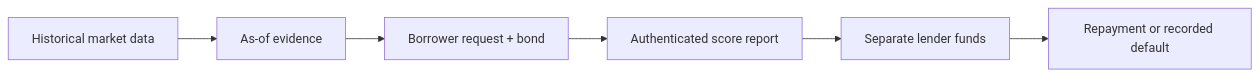
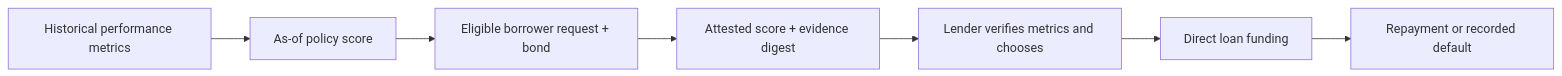
One commit to debojyoti10CC/floorprt changed the diagram in docs/mintlify/index.mdx. Above: the diagram before and after it, drawn with Mermaid. The commit also changed other lines of this file and 25 other files, not shown here.

````diff
--- a/docs/mintlify/index.mdx
+++ b/docs/mintlify/index.mdx
@@ -21,8 +21,9 @@
 ```mermaid
 flowchart LR
-  D[Historical market data] --> E[As-of evidence]
-  E --> B[Borrower request + bond]
-  B --> A[Authenticated score report]
-  A --> L[Separate lender funds]
-  L --> R[Repayment or recorded default]
+  D[Historical performance metrics] --> E[As-of policy score]
+  E --> B[Eligible borrower request + bond]
+  B --> A[Attested score + evidence digest]
+  A --> L[Lender verifies metrics and chooses]
+  L --> F[Direct loan funding]
+  F --> R[Repayment or recorded default]
 ```
````
